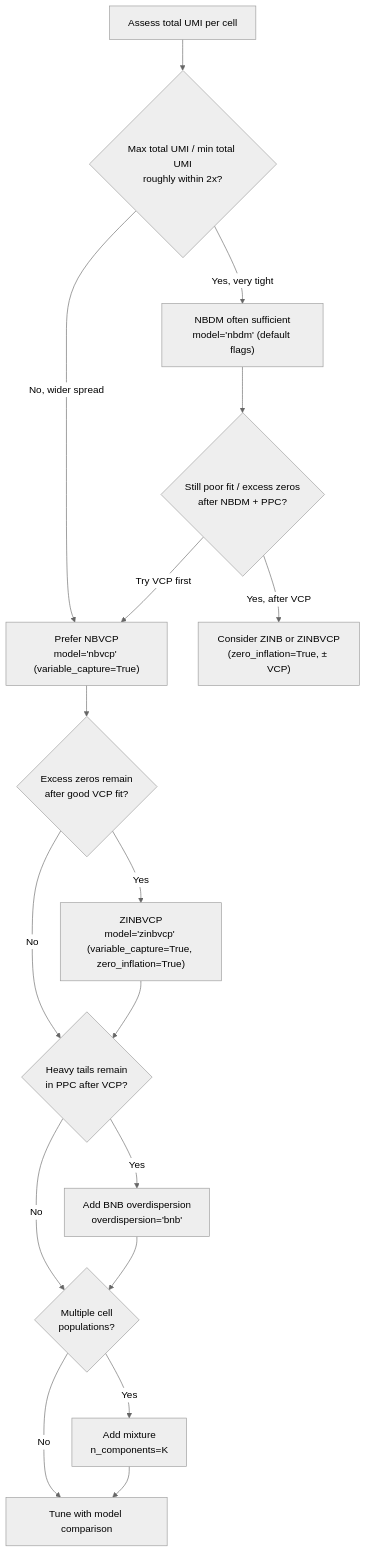
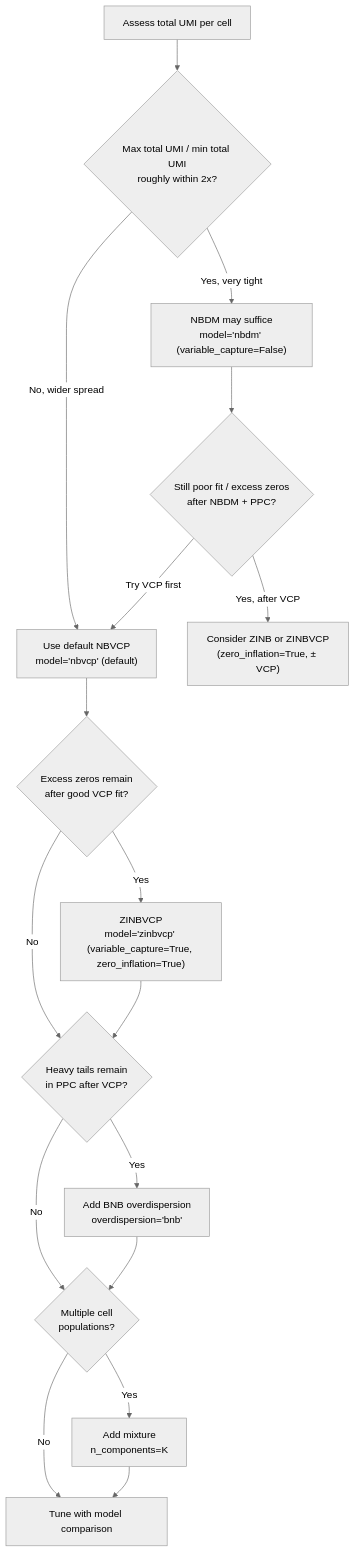
The second of 2 diagrams in docs/guide/model-selection.md (mrazomej/scribe), drawn with Mermaid (neutral theme) before and after one commit. The commit also changed other lines of this file and 10 other files, not shown here.

First line of the commit message:
docs: update references to default model in documentation

````diff
--- a/docs/guide/model-selection.md
+++ b/docs/guide/model-selection.md
@@ -83,19 +77,19 @@
 ```mermaid
 graph TD
     Start["Assess total UMI per cell"] --> Qtot{"Max total UMI / min total UMI<br/>roughly within 2x?"}
-    Qtot -->|Yes, very tight| Base["NBDM often sufficient<br/>model='nbdm' (default flags)"]
-    Qtot -->|No, wider spread| VCP0["Prefer NBVCP<br/>model='nbvcp' (variable_capture=True)"]
+    Qtot -->|Yes, very tight| Base["NBDM may suffice<br/>model='nbdm' (variable_capture=False)"]
+    Qtot -->|No, wider spread| VCP0["Use default NBVCP<br/>model='nbvcp' (default)"]
     Base --> Qzi{"Still poor fit / excess zeros<br/>after NBDM + PPC?"}
     Qzi -->|Try VCP first| VCP0
     Qzi -->|Yes, after VCP| ZI["Consider ZINB or ZINBVCP<br/>(zero_inflation=True, ± VCP)"]
     VCP0 --> Qzi2{"Excess zeros remain<br/>after good VCP fit?"}
     Qzi2 -->|No| Qtail{"Heavy tails remain<br/>in PPC after VCP?"}
     Qzi2 -->|Yes| ZINBV["ZINBVCP<br/>model='zinbvcp' (variable_capture=True, zero_inflation=True)"]
     ZINBV --> Qtail
     Qtail -->|Yes| BNB["Add BNB overdispersion<br/>overdispersion='bnb'"]
     Qtail -->|No| Qmix{"Multiple cell<br/>populations?"}
     BNB --> Qmix
     Qmix -->|Yes| Mix["Add mixture<br/>n_components=K"]
     Qmix -->|No| Done["Tune with model comparison"]
     Mix --> Done
 ```
````
